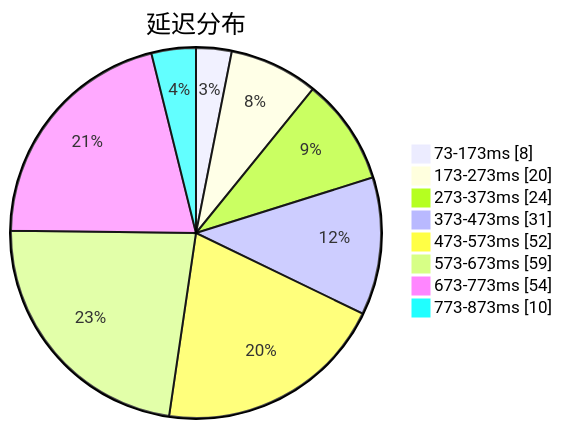
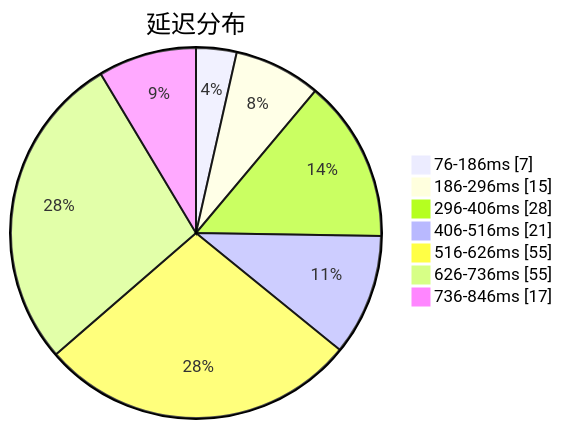
Before and after one commit to sinspired/airport: the first of 3 diagrams in subs/statistics/tested_within.md, drawn with Mermaid. The commit also changed other lines of this file and 2 other files, not shown here.

````diff
--- a/subs/statistics/tested_within.md
+++ b/subs/statistics/tested_within.md
@@ -2,12 +2,11 @@
 ```mermaid
 pie showData
 title 延迟分布
-"73-173ms" : 8
-"173-273ms" : 20
-"273-373ms" : 24
-"373-473ms" : 31
-"473-573ms" : 52
-"573-673ms" : 59
-"673-773ms" : 54
-"773-873ms" : 10
+"76-186ms" : 7
+"186-296ms" : 15
+"296-406ms" : 28
+"406-516ms" : 21
+"516-626ms" : 55
+"626-736ms" : 55
+"736-846ms" : 17
 ```
````
